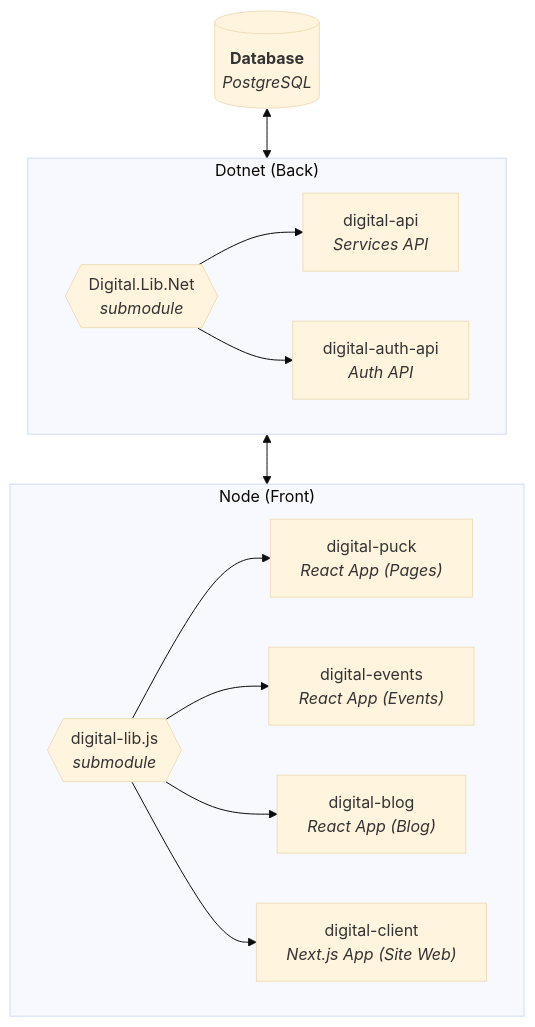
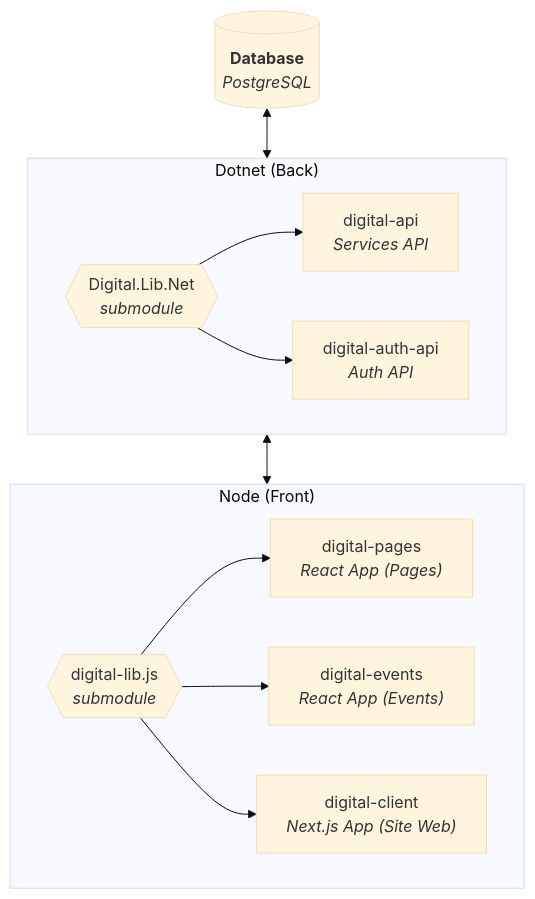
One commit to digital-net-org/.github changed the diagram in wiki/architecture/project_architecture.md. Above: the diagram before and after it, drawn with Mermaid (base theme). The commit also changed other lines of this file, not shown here.

````diff
--- a/wiki/architecture/project_architecture.md
+++ b/wiki/architecture/project_architecture.md
@@ -46,54 +43,49 @@
 ```mermaid
 flowchart TB
     DB[("`
         **Database**
         _PostgreSQL_
     `")] 
 
     subgraph Back ["Dotnet (Back)"]
         DigitalLib{{"`
             Digital.Lib.Net
             *submodule*
         `"}} 
         DigitalApi["`
             digital-api
             *Services API*
         `"]
         DigitalAuth["`
             digital-auth-api
             *Auth API*
         `"]
         DigitalLib --> DigitalApi
         DigitalLib --> DigitalAuth
     end
 
     subgraph Front ["Node (Front)"]
-        DigitalPuck["`
-            digital-puck
+        DigitalPages["`
+            digital-pages
             *React App (Pages)*
         `"]
         DigitalEvents["`
             digital-events
             *React App (Events)*
-        `"]
-        DigitalBlog["`
-            digital-blog
-            *React App (Blog)*
         `"]
         DigitalClient["`
             digital-client
             *Next.js App (Site Web)*
         `"]
         DigitalLibJS{{"`
             digital-lib.js
             *submodule*
         `"}}
-        DigitalLibJS --> DigitalPuck
+        DigitalLibJS --> DigitalPages
         DigitalLibJS --> DigitalEvents
-        DigitalLibJS --> DigitalBlog
         DigitalLibJS --> DigitalClient
     end
 
     DB <--> Back
     Back <--> Front
 ```
````
